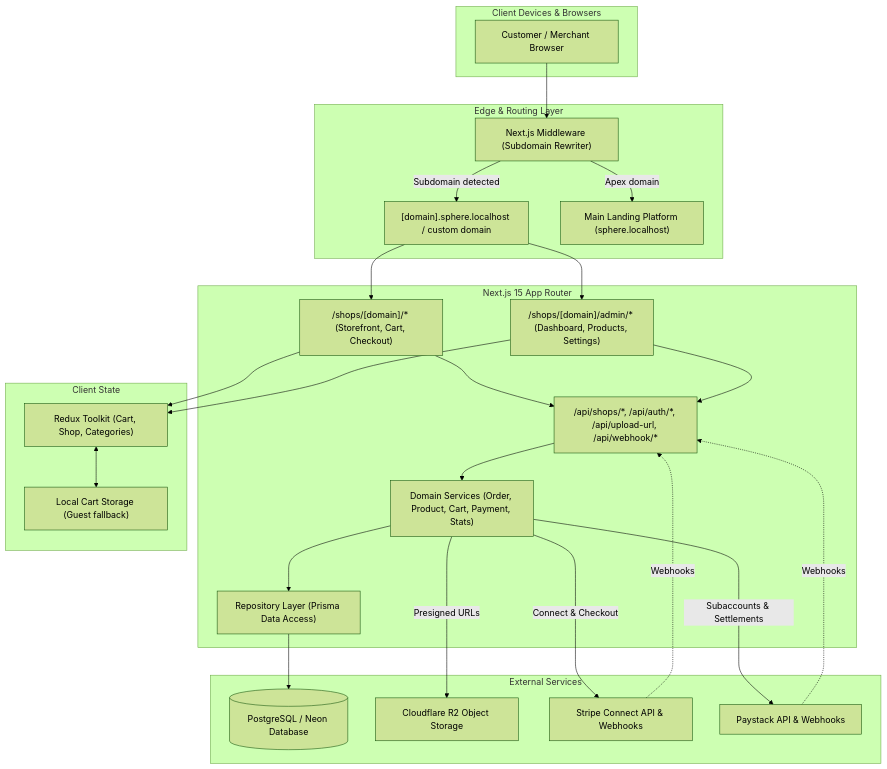
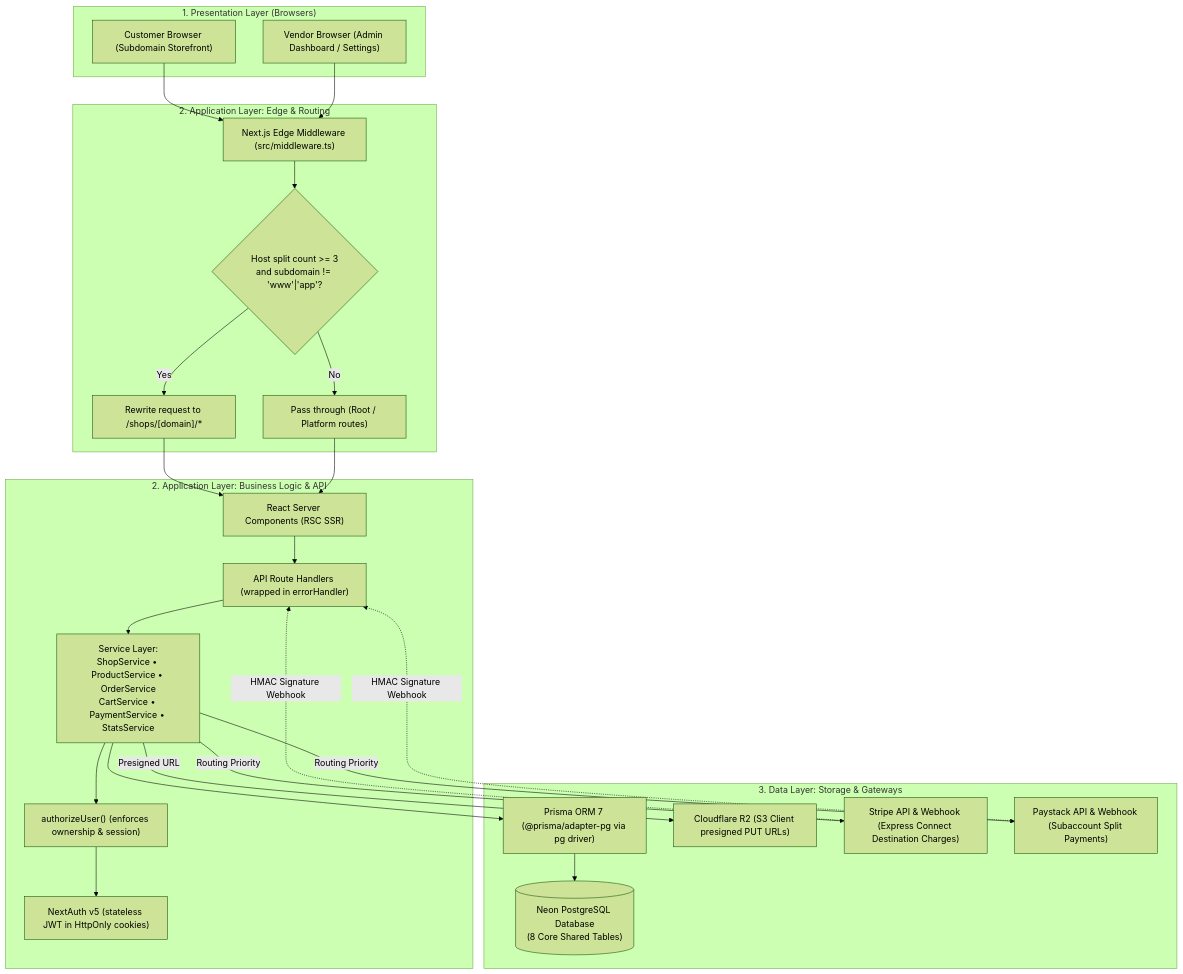
The first of 2 diagrams in README.md (Fortunejite/ShopSphere), drawn with Mermaid (forest theme) before and after one commit. The commit also changed other lines of this file and 2 other files, not shown here.

````diff
--- a/README.md
+++ b/README.md
@@ -97,49 +49,46 @@
 ```mermaid
 flowchart TD
-    subgraph Client ["Client Devices & Browsers"]
-        Browser["Customer / Merchant Browser"]
+    subgraph ClientLayer ["1. Presentation Layer (Browsers)"]
+        Customer["Customer Browser (Subdomain Storefront)"]
+        Vendor["Vendor Browser (Admin Dashboard / Settings)"]
     end
 
-    subgraph Edge ["Edge & Routing Layer"]
-        MW["Next.js Middleware (Subdomain Rewriter)"]
-        SubdomainRoute["[domain].sphere.localhost / custom domain"]
-        MainRoute["Main Landing Platform (sphere.localhost)"]
+    subgraph EdgeLayer ["2. Application Layer: Edge & Routing"]
+        EdgeMW["Next.js Edge Middleware (src/middleware.ts)"]
+        SubdomainCheck{"Host split count >= 3\nand subdomain != 'www'|'app'?"}
+        RewriteRoute["Rewrite request to /shops/[domain]/*"]
+        DirectRoute["Pass through (Root / Platform routes)"]
     end
 
-    subgraph AppLayer ["Next.js 15 App Router"]
-        StorefrontPages["/shops/[domain]/* (Storefront, Cart, Checkout)"]
-        AdminPages["/shops/[domain]/admin/* (Dashboard, Products, Settings)"]
-        APIRoutes["/api/shops/*, /api/auth/*, /api/upload-url, /api/webhook/*"]
-        Services["Domain Services (Order, Product, Cart, Payment, Stats)"]
-        Repos["Repository Layer (Prisma Data Access)"]
+    subgraph BusinessLayer ["2. Application Layer: Business Logic & API"]
+        RSC["React Server Components (RSC SSR)"]
+        RouteHandlers["API Route Handlers (wrapped in errorHandler)"]
+        ServiceLayer["Service Layer:\nShopService • ProductService • OrderService\nCartService • PaymentService • StatsService"]
+        AuthModule["NextAuth v5 (stateless JWT in HttpOnly cookies)"]
+        AuthorizeUser["authorizeUser() (enforces ownership & session)"]
     end
 
-    subgraph State ["Client State"]
-        ReduxStore["Redux Toolkit (Cart, Shop, Categories)"]
-        LocalStorage["Local Cart Storage (Guest fallback)"]
+    subgraph DataLayer ["3. Data Layer: Storage & Gateways"]
+        PrismaAdapter["Prisma ORM 7 (@prisma/adapter-pg via pg driver)"]
+        NeonDB[("Neon PostgreSQL Database\n(8 Core Shared Tables)")]
+        R2Storage["Cloudflare R2 (S3 Client presigned PUT URLs)"]
+        StripeAPI["Stripe API & Webhook (Express Connect Destination Charges)"]
+        PaystackAPI["Paystack API & Webhook (Subaccount Split Payments)"]
     end
 
-    subgraph External ["External Services"]
-        NeonDB[("PostgreSQL / Neon Database")]
-        R2["Cloudflare R2 Object Storage"]
-        Stripe["Stripe Connect API & Webhooks"]
-        Paystack["Paystack API & Webhooks"]
-    end
+    Customer --> EdgeMW
+    Vendor --> EdgeMW
+    EdgeMW --> SubdomainCheck
+    SubdomainCheck -->|Yes| RewriteRoute --> RSC
+    SubdomainCheck -->|No| DirectRoute --> RSC
 
-    Browser --> MW
-    MW -->|Subdomain detected| SubdomainRoute --> StorefrontPages & AdminPages
-    MW -->|Apex domain| MainRoute
-
-    StorefrontPages & AdminPages --> ReduxStore
-    ReduxStore <--> LocalStorage
-    StorefrontPages & AdminPages --> APIRoutes
-
-    APIRoutes --> Services
-    Services --> Repos
-    Repos --> NeonDB
-
-    Services -->|Presigned URLs| R2
-    Services -->|Connect & Checkout| Stripe
-    Services -->|Subaccounts & Settlements| Paystack
-    Stripe & Paystack -.->|Webhooks| APIRoutes
+    RSC --> RouteHandlers
+    RouteHandlers --> ServiceLayer
+    ServiceLayer --> AuthorizeUser --> AuthModule
+    ServiceLayer --> PrismaAdapter --> NeonDB
+    ServiceLayer -->|Presigned URL| R2Storage
+    ServiceLayer -->|Routing Priority| StripeAPI
+    ServiceLayer -->|Routing Priority| PaystackAPI
+    StripeAPI -.->|HMAC Signature Webhook| RouteHandlers
+    PaystackAPI -.->|HMAC Signature Webhook| RouteHandlers
 ```
````
